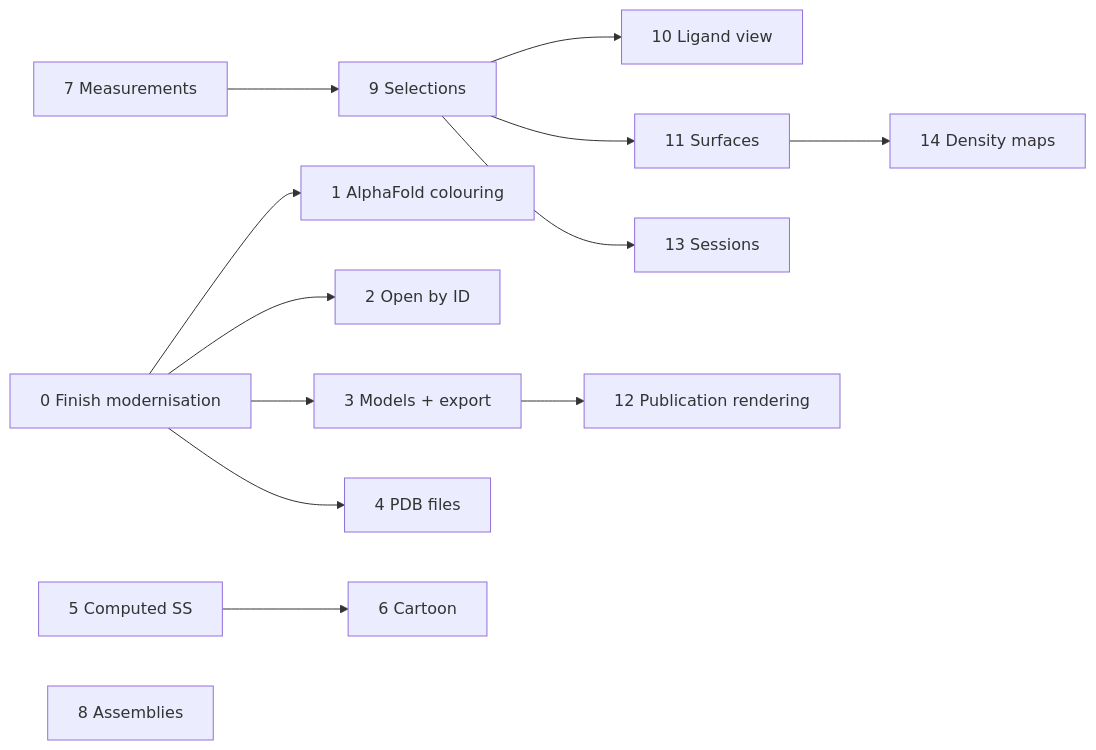
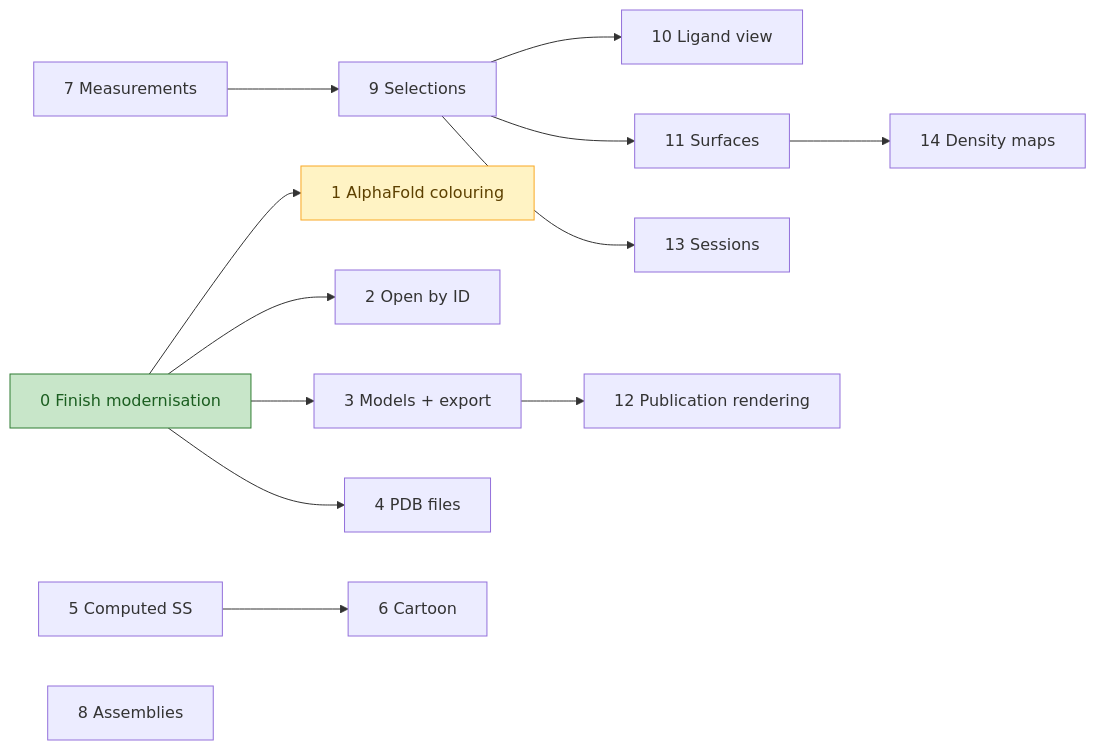
The diagram in docs/roadmap.md (PorridgeBear/jmvs), drawn with Mermaid before and after one commit. The commit also changed other lines of this file and 27 other files, not shown here.

````diff
--- a/docs/roadmap.md
+++ b/docs/roadmap.md
@@ -31,15 +37,20 @@
 ```mermaid
 flowchart LR
     S0[0 Finish modernisation] --> S1[1 AlphaFold colouring]
     S0 --> S2[2 Open by ID]
     S0 --> S3[3 Models + export]
     S0 --> S4[4 PDB files]
     S5[5 Computed SS] --> S6[6 Cartoon]
     S7[7 Measurements] --> S9[9 Selections]
     S9 --> S10[10 Ligand view]
     S9 --> S11[11 Surfaces]
     S9 --> S13[13 Sessions]
     S3 --> S12[12 Publication rendering]
     S11 --> S14[14 Density maps]
     S8[8 Assemblies]
+
+    classDef done fill:#c8e6c9,stroke:#2e7d32,color:#1b5e20
+    classDef inProgress fill:#fff3c4,stroke:#f9a825,color:#5d4000
+    class S0 done
+    class S1 inProgress
 ```
````
